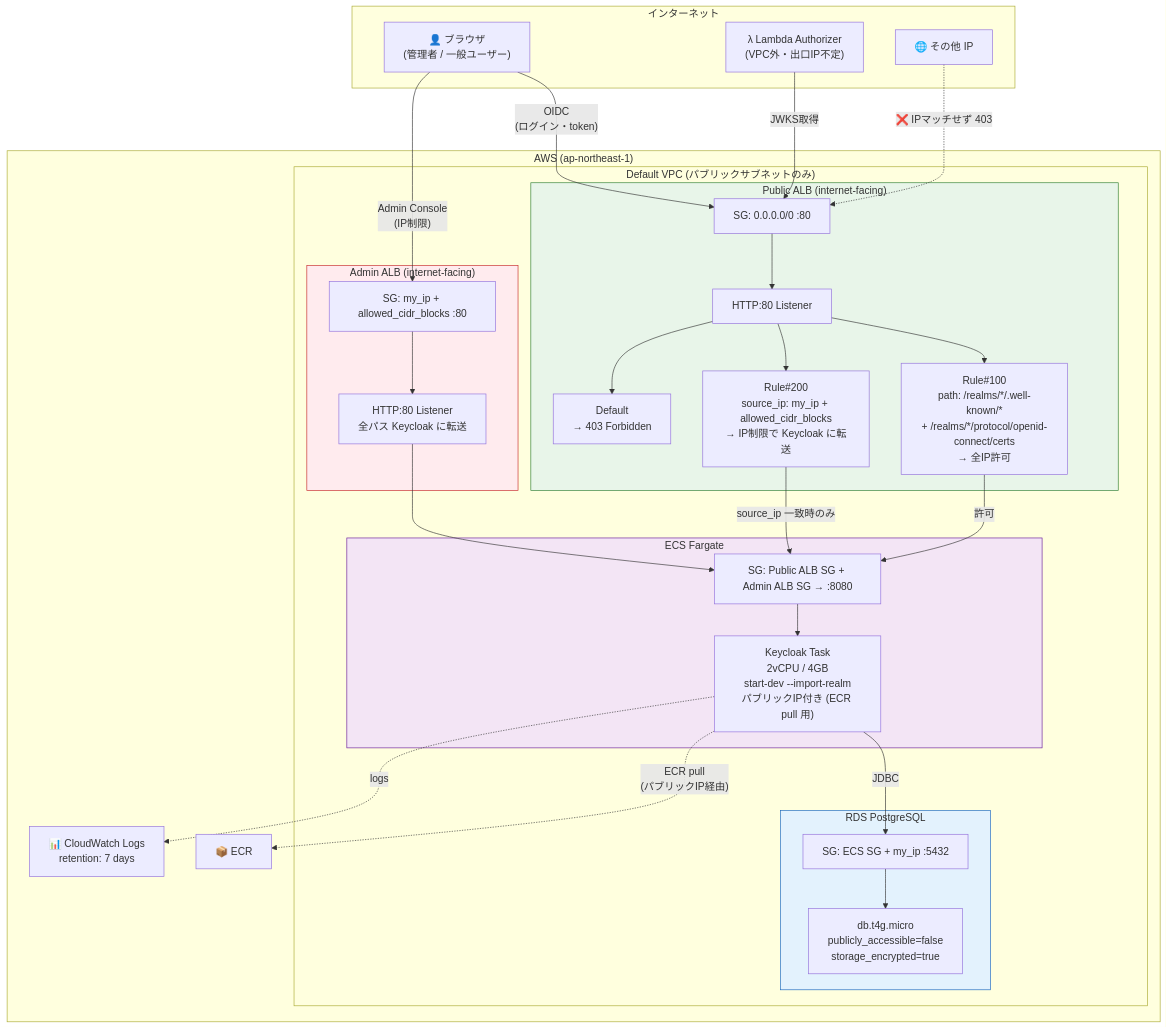
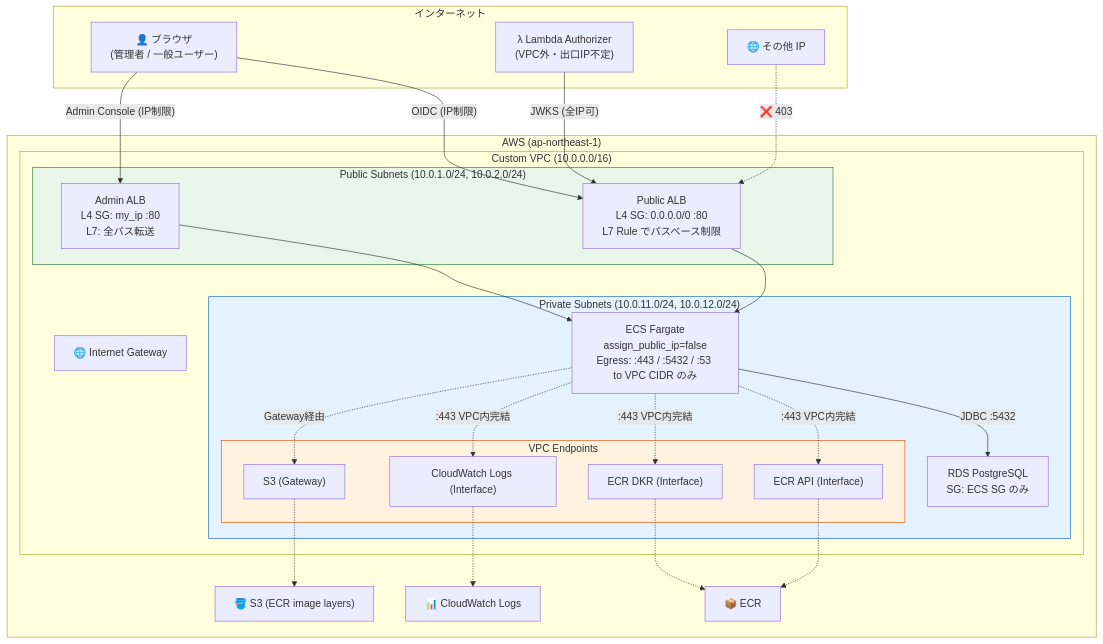
Before and after one commit to suepie/aws-atuh-poc: the first of 2 diagrams in doc/common/keycloak-network-architecture.md, drawn with Mermaid. The commit also changed other lines of this file and 12 other files, not shown here.

````diff
--- a/doc/common/keycloak-network-architecture.md
+++ b/doc/common/keycloak-network-architecture.md
@@ -13,62 +13,61 @@
 ```mermaid
 flowchart TB
     subgraph Internet["インターネット"]
         Browser["👤 ブラウザ<br/>(管理者 / 一般ユーザー)"]
         Lambda["λ Lambda Authorizer<br/>(VPC外・出口IP不定)"]
         ExtUser["🌐 その他 IP"]
     end
 
     subgraph AWS["AWS (ap-northeast-1)"]
-        subgraph DefaultVPC["Default VPC (パブリックサブネットのみ)"]
-            subgraph PublicALB["Public ALB (internet-facing)"]
-                PublicSG["SG: 0.0.0.0/0 :80"]
-                PublicListener["HTTP:80 Listener"]
-                RuleJWKS["Rule#100<br/>path: /realms/*/.well-known/*<br/>+ /realms/*/protocol/openid-connect/certs<br/>→ 全IP許可"]
-                RuleIP["Rule#200<br/>source_ip: my_ip + allowed_cidr_blocks<br/>→ IP制限で Keycloak に転送"]
-                RuleDefault["Default<br/>→ 403 Forbidden"]
+        subgraph VPC["Custom VPC (10.0.0.0/16)"]
+            IGW["🌐 Internet Gateway"]
+
+            subgraph PublicSubnet["Public Subnets (10.0.1.0/24, 10.0.2.0/24)"]
+                PublicALB["Public ALB<br/>L4 SG: 0.0.0.0/0 :80<br/>L7 Rule でパスベース制限"]
+                AdminALB["Admin ALB<br/>L4 SG: my_ip :80<br/>L7: 全パス転送"]
             end
 
-            subgraph AdminALB["Admin ALB (internet-facing)"]
-                AdminSG["SG: my_ip + allowed_cidr_blocks :80"]
-                AdminListener["HTTP:80 Listener<br/>全パス Keycloak に転送"]
-            end
+            subgraph PrivateSubnet["Private Subnets (10.0.11.0/24, 10.0.12.0/24)"]
+                ECS["ECS Fargate<br/>assign_public_ip=false<br/>Egress: :443 / :5432 / :53 to VPC CIDR のみ"]
+                RDS["RDS PostgreSQL<br/>SG: ECS SG のみ"]
 
-            subgraph ECS["ECS Fargate"]
-                ECSSG["SG: Public ALB SG + Admin ALB SG → :8080"]
-                Task["Keycloak Task<br/>2vCPU / 4GB<br/>start-dev --import-realm<br/>パブリックIP付き (ECR pull 用)"]
-            end
-
-            subgraph RDS["RDS PostgreSQL"]
-                RDSSG["SG: ECS SG + my_ip :5432"]
-                DB["db.t4g.micro<br/>publicly_accessible=false<br/>storage_encrypted=true"]
+                subgraph VPCE["VPC Endpoints"]
+                    VPCE_ECR["ECR API (Interface)"]
+                    VPCE_DKR["ECR DKR (Interface)"]
+                    VPCE_S3["S3 (Gateway)"]
+                    VPCE_LOGS["CloudWatch Logs (Interface)"]
+                end
             end
         end
 
         ECR["📦 ECR"]
-        CW["📊 CloudWatch Logs<br/>retention: 7 days"]
+        S3["🪣 S3 (ECR image layers)"]
+        CW["📊 CloudWatch Logs"]
     end
 
-    Browser -->|"OIDC<br/>(ログイン・token)"| PublicSG
-    Browser -->|"Admin Console<br/>(IP制限)"| AdminSG
-    Lambda -->|"JWKS取得"| PublicSG
-    ExtUser -.->|"❌ IPマッチせず 403"| PublicSG
+    Browser -->|"OIDC (IP制限)"| PublicALB
+    Browser -->|"Admin Console (IP制限)"| AdminALB
+    Lambda -->|"JWKS (全IP可)"| PublicALB
+    ExtUser -.->|"❌ 403"| PublicALB
 
-    PublicSG --> PublicListener
-    PublicListener --> RuleJWKS
-    PublicListener --> RuleIP
-    PublicListener --> RuleDefault
-    RuleJWKS -->|"許可"| ECSSG
-    RuleIP -->|"source_ip 一致時のみ"| ECSSG
+    PublicALB --> ECS
+    AdminALB --> ECS
 
-    AdminSG --> AdminListener --> ECSSG
+    ECS -->|"JDBC :5432"| RDS
+    ECS -.->|":443 VPC内完結"| VPCE_ECR
+    ECS -.->|":443 VPC内完結"| VPCE_DKR
+    ECS -.->|":443 VPC内完結"| VPCE_LOGS
+    ECS -.->|"Gateway経由"| VPCE_S3
 
-    ECSSG --> Task
-    Task -->|"JDBC"| RDSSG --> DB
-    Task -.->|"ECR pull<br/>(パブリックIP経由)"| ECR
-    Task -.->|"logs"| CW
+    VPCE_ECR -.-> ECR
+    VPCE_DKR -.-> ECR
+    VPCE_S3 -.-> S3
+    VPCE_LOGS -.-> CW
 
-    style PublicALB fill:#e8f5e9,stroke:#2e7d32
-    style AdminALB fill:#ffebee,stroke:#c62828
-    style ECS fill:#f3e5f5,stroke:#6a1b9a
-    style RDS fill:#e3f2fd,stroke:#1565c0
+    PublicALB ~~~ IGW
+    AdminALB ~~~ IGW
+
+    style PublicSubnet fill:#e8f5e9,stroke:#2e7d32
+    style PrivateSubnet fill:#e3f2fd,stroke:#1565c0
+    style VPCE fill:#fff3e0,stroke:#e65100
 ```
````
